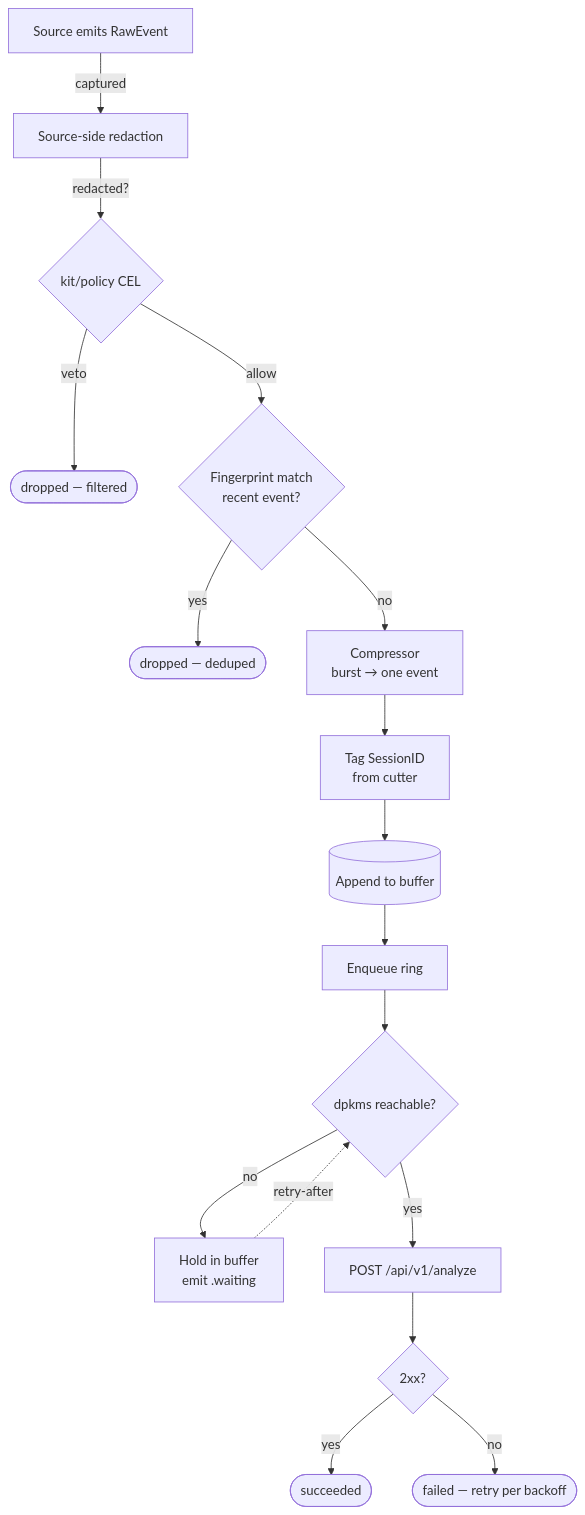
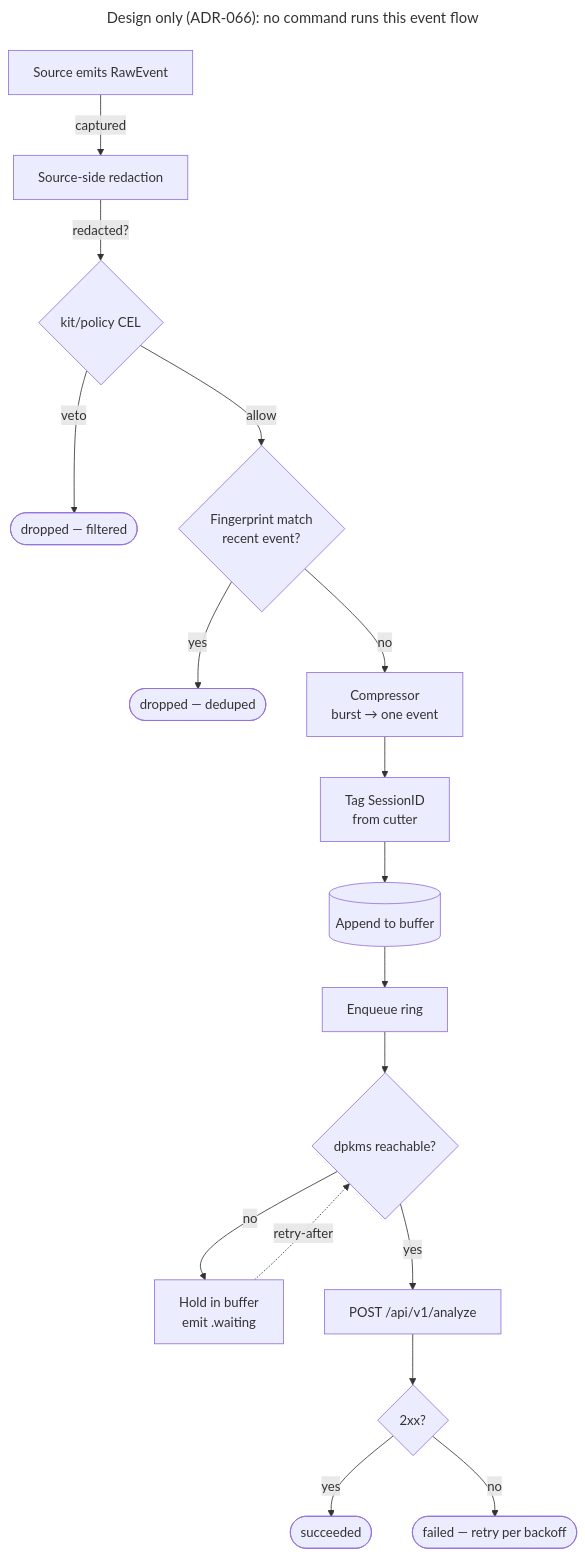
The diagram in docs/diagrams/ambient/066-event-flow.mmd (ContextHelp/ContextHelp), drawn with Mermaid before and after one commit. The commit also changed 17 other files, not shown here.

First line of the commit message:
docs(plugins): mark plugin examples and ambient diagrams as unbuilt design

````diff
--- a/docs/diagrams/ambient/066-event-flow.mmd
+++ b/docs/diagrams/ambient/066-event-flow.mmd
@@ -1,19 +1,22 @@
 ```mermaid
+---
+title: "Design only (ADR-066): no command runs this event flow"
+---
 flowchart TB
     src[Source emits RawEvent] -->|captured| redact[Source-side redaction]
     redact -->|redacted?| filter{kit/policy CEL}
     filter -->|veto| drop1([dropped — filtered])
     filter -->|allow| dedup{Fingerprint match<br/>recent event?}
     dedup -->|yes| drop2([dropped — deduped])
     dedup -->|no| compress[Compressor<br/>burst → one event]
     compress --> session[Tag SessionID<br/>from cutter]
     session --> buf[(Append to buffer)]
     buf --> queue[Enqueue ring]
     queue --> net{dpkms reachable?}
     net -->|no| wait[Hold in buffer<br/>emit .waiting]
     wait -. retry-after .-> net
     net -->|yes| post[POST /api/v1/analyze]
     post --> resp{2xx?}
     resp -->|yes| ok([succeeded])
     resp -->|no| fail([failed — retry per backoff])
 ```
````
